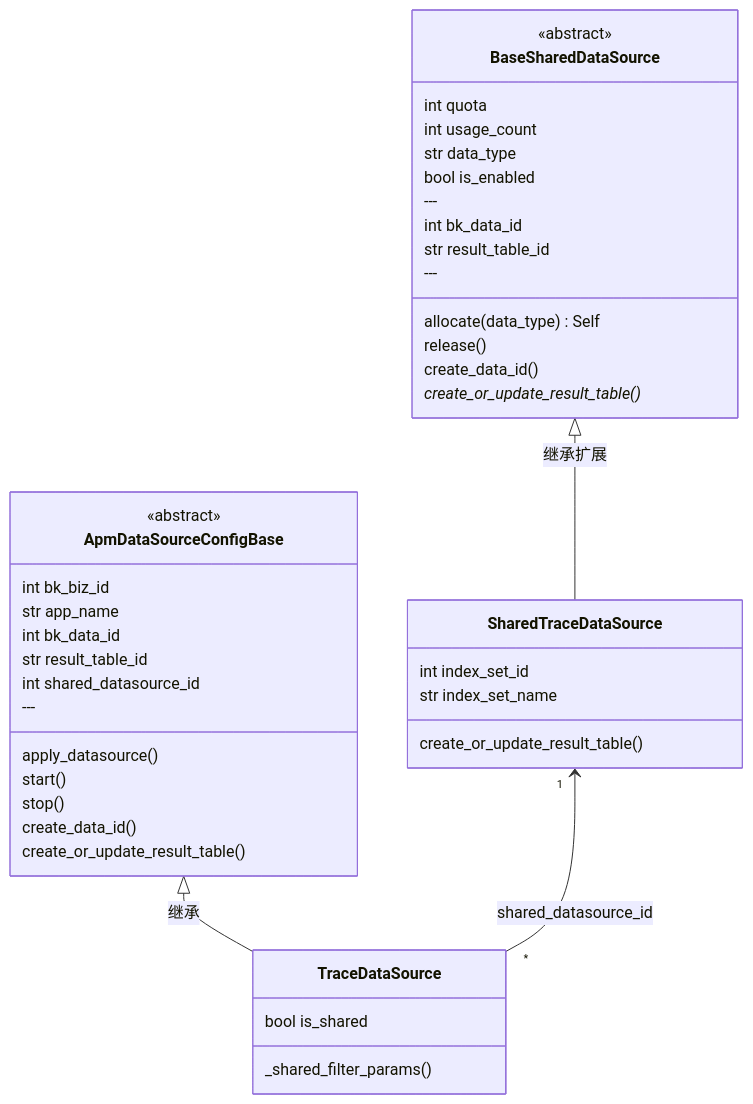
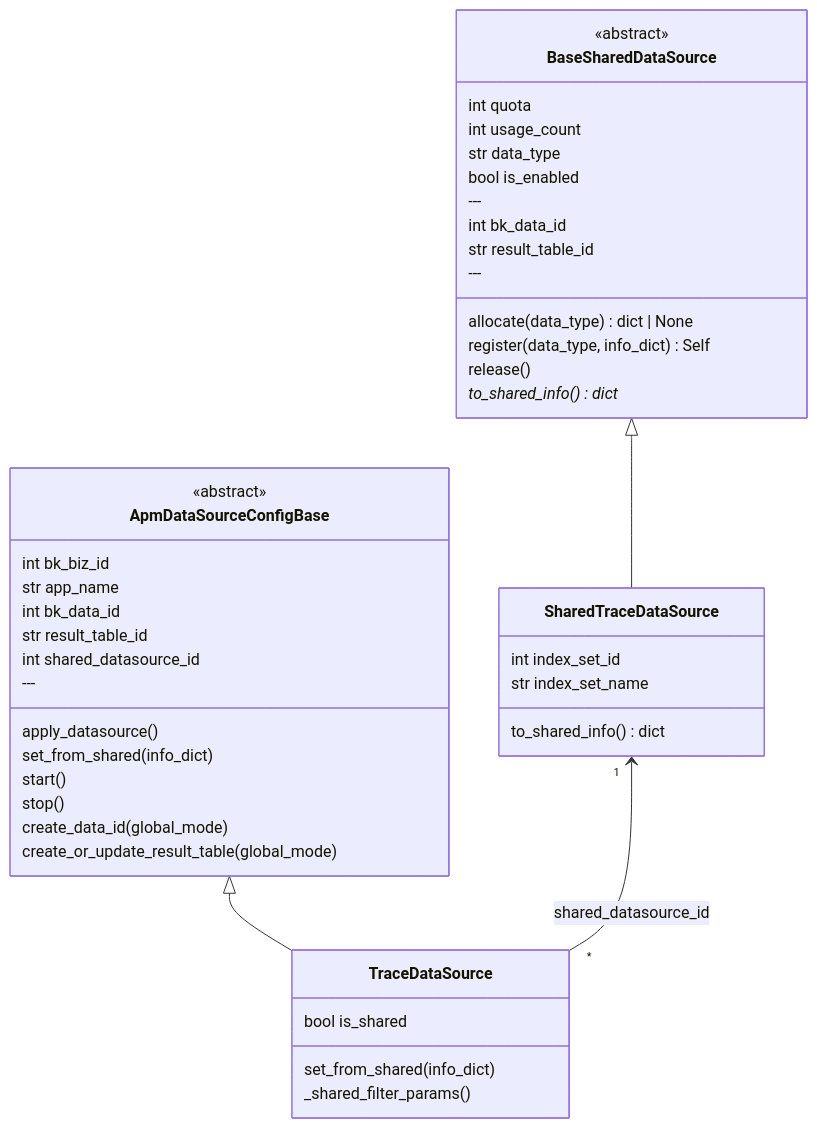
One commit to ZhuoZhuoCrayon/ai-workspace changed the third of 9 diagrams in knowledge/bkmonitor/issues/2026-03-03-apm-shared-datasource/PLAN.md. Above: the diagram before and after it, drawn with Mermaid. The commit also changed other lines of this file and 3 other files, not shown here.

First line of the commit message:
docs(bkmonitor): refine APM shared datasource issue & plan

````diff
--- a/knowledge/bkmonitor/issues/2026-03-03-apm-shared-datasource/PLAN.md
+++ b/knowledge/bkmonitor/issues/2026-03-03-apm-shared-datasource/PLAN.md
@@ -28,45 +122,46 @@
 ```mermaid
 classDiagram
     class BaseSharedDataSource {
         <<abstract>>
         int quota
         int usage_count
         str data_type
         bool is_enabled
         ---
         int bk_data_id
         str result_table_id
         ---
-        allocate(data_type) Self
+        allocate(data_type) dict | None
+        register(data_type, info_dict) Self
         release()
-        create_data_id()
-        create_or_update_result_table()*
+        to_shared_info() dict*
     }
     class SharedTraceDataSource {
         int index_set_id
         str index_set_name
-        create_or_update_result_table()
+        to_shared_info() dict
     }
     class ApmDataSourceConfigBase {
         <<abstract>>
         int bk_biz_id
         str app_name
         int bk_data_id
         str result_table_id
         int shared_datasource_id
         ---
         apply_datasource()
+        set_from_shared(info_dict)
         start()
         stop()
-        create_data_id()
-        create_or_update_result_table()
+        create_data_id(global_mode)
+        create_or_update_result_table(global_mode)
     }
     class TraceDataSource {
         bool is_shared
+        set_from_shared(info_dict)
         _shared_filter_params()
     }
-
-    BaseSharedDataSource <|-- SharedTraceDataSource : 继承扩展
-    ApmDataSourceConfigBase <|-- TraceDataSource : 继承
+    BaseSharedDataSource <|-- SharedTraceDataSource
+    ApmDataSourceConfigBase <|-- TraceDataSource
     SharedTraceDataSource "1" <-- "*" TraceDataSource : shared_datasource_id
 ```
````
